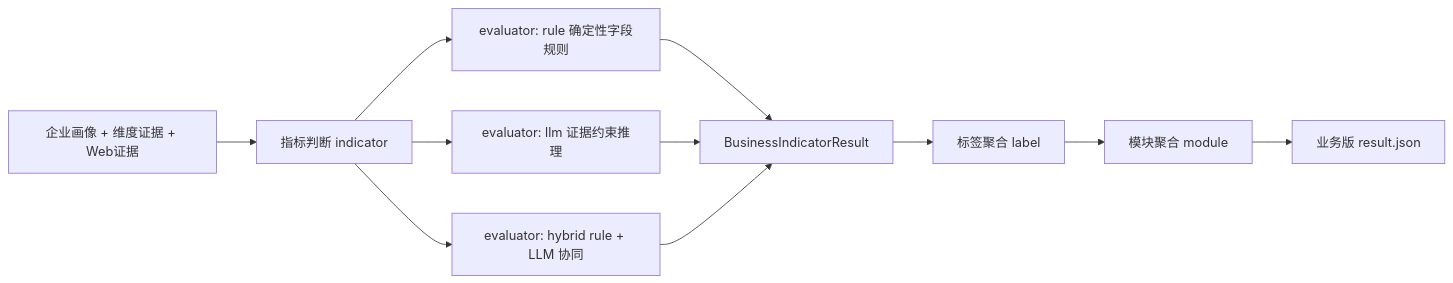
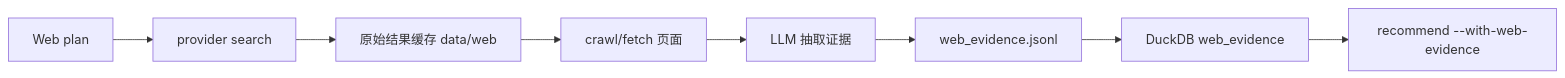
Before and after one commit to leeing/xft-dd: the fourth of 4 diagrams in docs/ARCHITECTURE.md, drawn with Mermaid. The commit also changed other lines of this file and 42 other files, not shown here.

````diff
--- a/docs/ARCHITECTURE.md
+++ b/docs/ARCHITECTURE.md
@@ -365,13 +132,10 @@
 ```mermaid
 flowchart LR
-    facts["企业画像 + 维度证据 + Web证据"] --> ind["指标判断 indicator"]
-    ind --> rule["evaluator: rule 确定性字段规则"]
-    ind --> llm["evaluator: llm 证据约束推理"]
-    ind --> hybrid["evaluator: hybrid rule + LLM 协同"]
-    rule --> indres["BusinessIndicatorResult"]
-    llm --> indres
-    hybrid --> indres
-    indres --> label["标签聚合 label"]
-    label --> module["模块聚合 module"]
-    module --> resultjson["业务版 result.json"]
+    plan["Web plan"] --> search["provider search"]
+    search --> cache["原始结果缓存 data/web"]
+    cache --> fetch["crawl/fetch 页面"]
+    fetch --> extract["LLM 抽取证据"]
+    extract --> jsonl["web_evidence.jsonl"]
+    jsonl --> duck["DuckDB web_evidence"]
+    duck --> recommend["recommend --with-web-evidence"]
 ```
````
